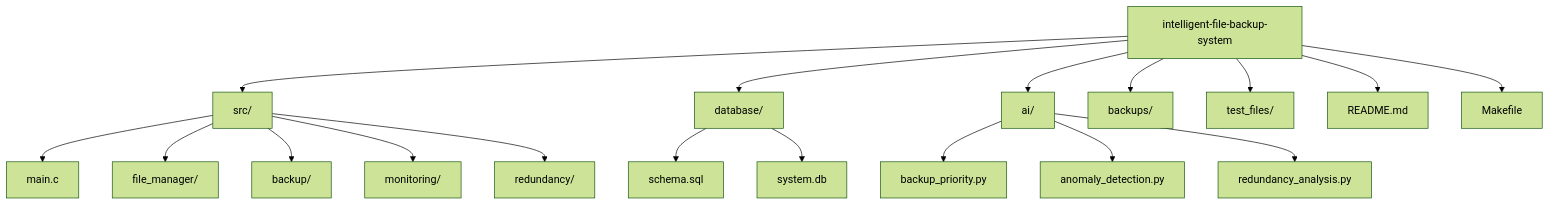
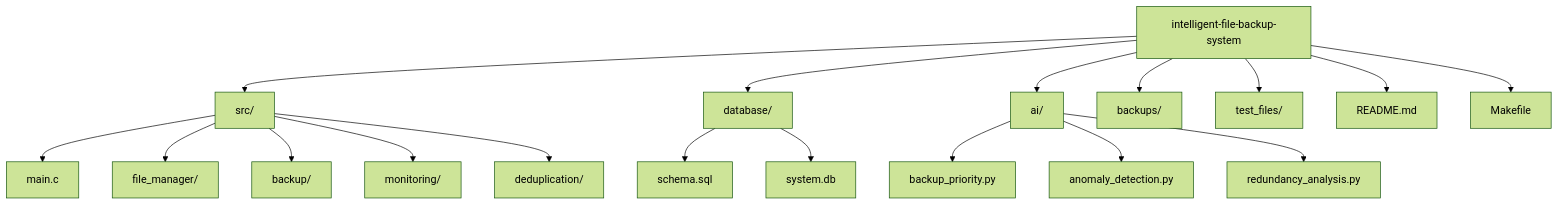
Before and after one commit to khushi10-coder/OS-PROJECT: diagram 11 of 13 in README.md, drawn with Mermaid (forest theme). The commit also changed other lines of this file, not shown here.

````diff
--- a/README.md
+++ b/README.md
@@ -433,25 +624,26 @@
 ```mermaid
 flowchart TD
     ROOT["intelligent-file-backup-system"]
 
     ROOT --> SRC["src/"]
+
     SRC --> MAIN["main.c"]
     SRC --> FM["file_manager/"]
     SRC --> BACKUP["backup/"]
     SRC --> MON["monitoring/"]
-    SRC --> RED["redundancy/"]
+    SRC --> RED["deduplication/"]
 
     ROOT --> DB["database/"]
     DB --> SCHEMA["schema.sql"]
     DB --> SYSTEM["system.db"]
 
     ROOT --> AI["ai/"]
     AI --> BP["backup_priority.py"]
     AI --> AD["anomaly_detection.py"]
     AI --> RA["redundancy_analysis.py"]
 
     ROOT --> BACKUPS["backups/"]
     ROOT --> TEST["test_files/"]
     ROOT --> README["README.md"]
     ROOT --> MAKE["Makefile"]
 ```
````
